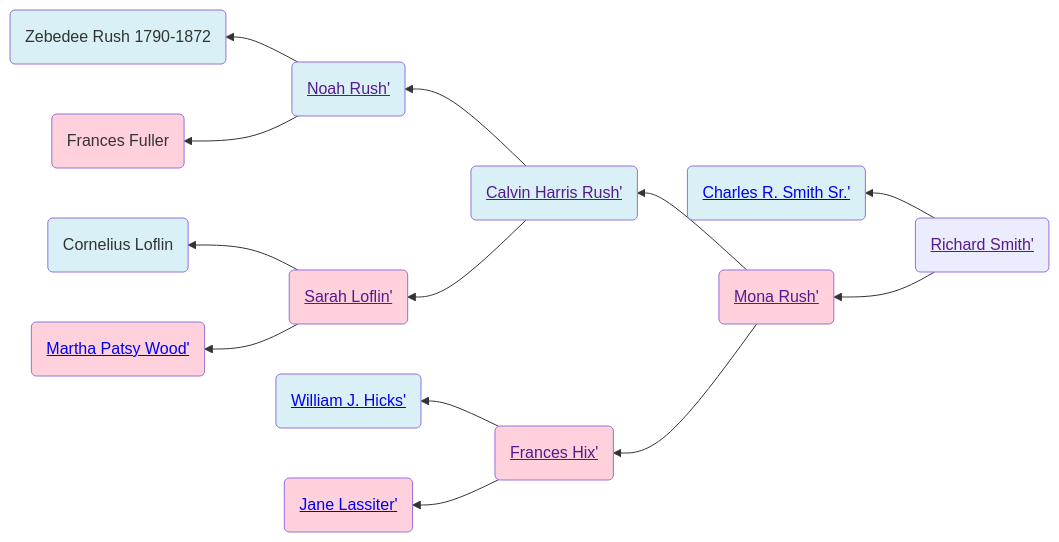
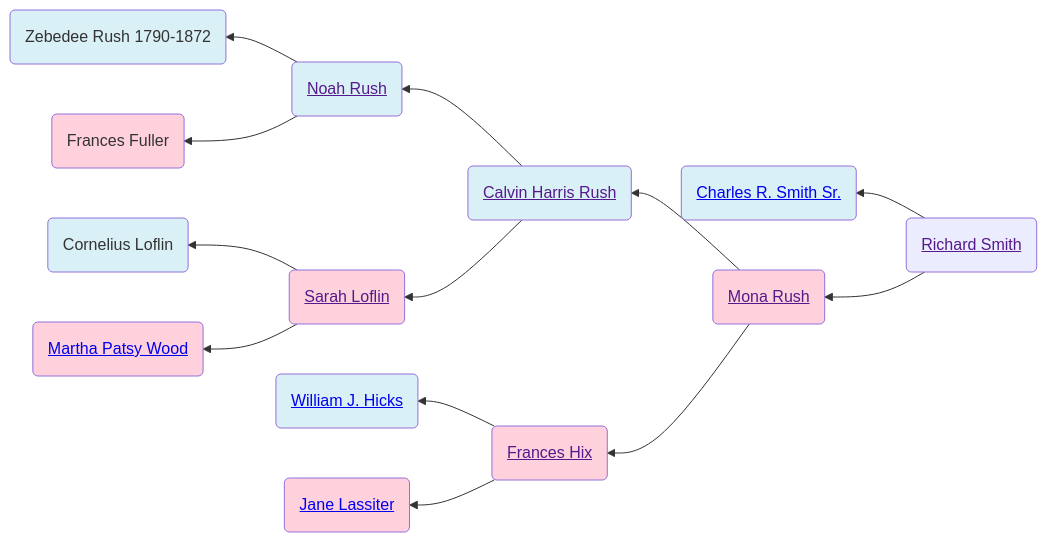
One commit to neelsmith/avocational changed the diagram in familyhistory/sources/people/Smith-line/Richard_Smith.qmd. Above: the diagram before and after it, drawn with Mermaid. The commit also changed 96 other files, not shown here.

````diff
--- a/familyhistory/sources/people/Smith-line/Richard_Smith.qmd
+++ b/familyhistory/sources/people/Smith-line/Richard_Smith.qmd
@@ -19,32 +19,32 @@
 ```{mermaid}
 graph RL
 %% RL ancestor diagram
-Richard_Smith(<a href=''>Richard Smith'</>) -->  Charles_R._Smith_Sr.(<a href='./Charles_R._Smith_Sr..html'>Charles R. Smith Sr.'</>)
+Richard_Smith(<a href=''>Richard Smith</a>) -->  Charles_R._Smith_Sr.(<a href='./Charles_R._Smith_Sr..html'>Charles R. Smith Sr.</a>)
 class Charles_R._Smith_Sr. father
-Richard_Smith(<a href=''>Richard Smith'</>)  --> Mona_Rush(<a href='./../Rush-line/Mona_Rush.html'>Mona Rush'</>)
-Mona_Rush(<a href=''>Mona Rush'</>) -->  Calvin_Harris_Rush(<a href='./Calvin_Harris_Rush.html'>Calvin Harris Rush'</>)
-Calvin_Harris_Rush(<a href=''>Calvin Harris Rush'</>) -->  Noah_Rush(<a href='./Noah_Rush.html'>Noah Rush'</>)
-Noah_Rush(<a href=''>Noah Rush'</>) -->  Zebedee_Rush_1790-1872(Zebedee Rush 1790-1872)
+Richard_Smith(<a href=''>Richard Smith</a>)  --> Mona_Rush(<a href='./../Rush-line/Mona_Rush.html'>Mona Rush</a>)
+Mona_Rush(<a href=''>Mona Rush</a>) -->  Calvin_Harris_Rush(<a href='./Calvin_Harris_Rush.html'>Calvin Harris Rush</a>)
+Calvin_Harris_Rush(<a href=''>Calvin Harris Rush</a>) -->  Noah_Rush(<a href='./Noah_Rush.html'>Noah Rush</a>)
+Noah_Rush(<a href=''>Noah Rush</a>) -->  Zebedee_Rush_1790-1872(Zebedee Rush 1790-1872)
 class Zebedee_Rush_1790-1872 father
-Noah_Rush(<a href=''>Noah Rush'</>)  --> Frances_Fuller(Frances Fuller)
+Noah_Rush(<a href=''>Noah Rush</a>)  --> Frances_Fuller(Frances Fuller)
 class Frances_Fuller mother
 class Noah_Rush father
-Calvin_Harris_Rush(<a href=''>Calvin Harris Rush'</>)  --> Sarah_Loflin(<a href='./../Randolph_county_lines/Loflin/Sarah_Loflin.html'>Sarah Loflin'</>)
-Sarah_Loflin(<a href=''>Sarah Loflin'</>) -->  Cornelius_Loflin(Cornelius Loflin)
+Calvin_Harris_Rush(<a href=''>Calvin Harris Rush</a>)  --> Sarah_Loflin(<a href='./../Randolph_county_lines/Loflin/Sarah_Loflin.html'>Sarah Loflin</a>)
+Sarah_Loflin(<a href=''>Sarah Loflin</a>) -->  Cornelius_Loflin(Cornelius Loflin)
 class Cornelius_Loflin father
-Sarah_Loflin(<a href=''>Sarah Loflin'</>)  --> Martha_Patsy_Wood(<a href='./../Martha_Patsy_Wood.html'>Martha Patsy Wood'</>)
+Sarah_Loflin(<a href=''>Sarah Loflin</a>)  --> Martha_Patsy_Wood(<a href='./../Martha_Patsy_Wood.html'>Martha Patsy Wood</a>)
 class Martha_Patsy_Wood mother
 class Sarah_Loflin mother
 class Calvin_Harris_Rush father
-Mona_Rush(<a href=''>Mona Rush'</>)  --> Frances_Hix(<a href='./../Randolph_county_lines/Hicks/Frances_Hix.html'>Frances Hix'</>)
-Frances_Hix(<a href=''>Frances Hix'</>) -->  William_J._Hicks(<a href='./William_J._Hicks.html'>William J. Hicks'</>)
+Mona_Rush(<a href=''>Mona Rush</a>)  --> Frances_Hix(<a href='./../Randolph_county_lines/Hicks/Frances_Hix.html'>Frances Hix</a>)
+Frances_Hix(<a href=''>Frances Hix</a>) -->  William_J._Hicks(<a href='./William_J._Hicks.html'>William J. Hicks</a>)
 class William_J._Hicks father
-Frances_Hix(<a href=''>Frances Hix'</>)  --> Jane_Lassiter(<a href='./../Lassiter/Jane_Lassiter.html'>Jane Lassiter'</>)
+Frances_Hix(<a href=''>Frances Hix</a>)  --> Jane_Lassiter(<a href='./../Lassiter/Jane_Lassiter.html'>Jane Lassiter</a>)
 class Jane_Lassiter mother
 class Frances_Hix mother
 class Mona_Rush mother
 classDef mother fill:#ffd1dc
 classDef father fill:#daf0f7  
 classDef marriage fill:#ffffff
 
 ```
````
